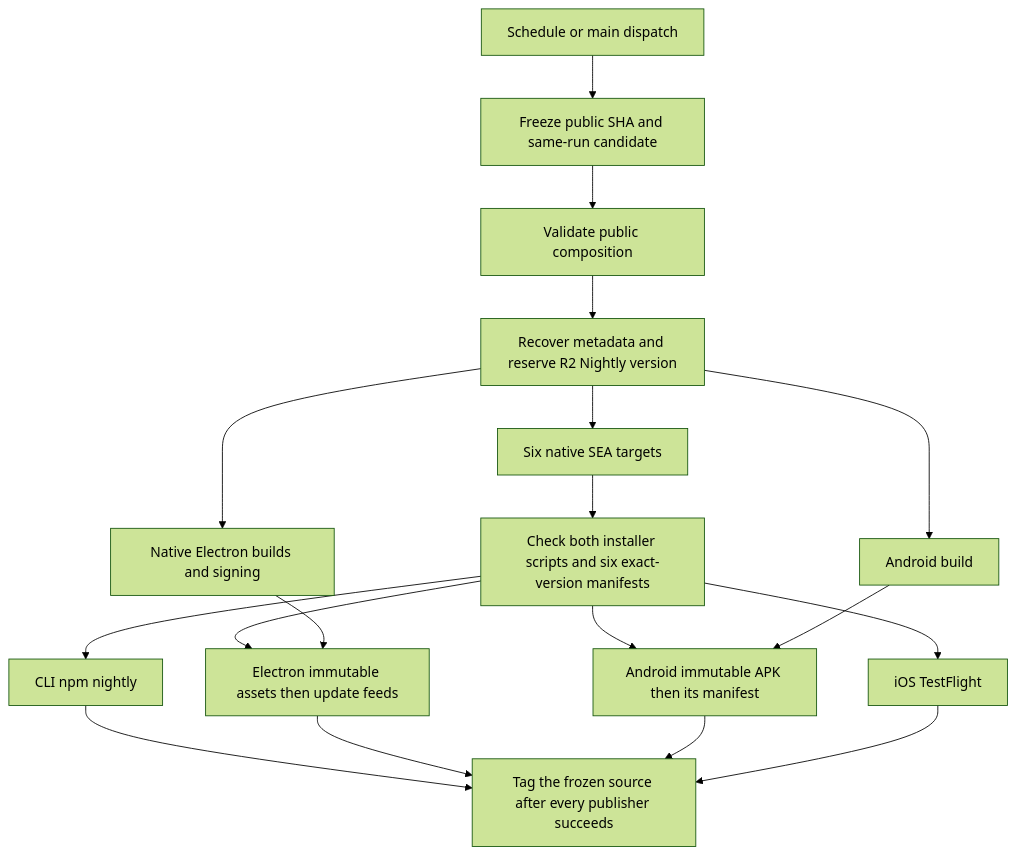
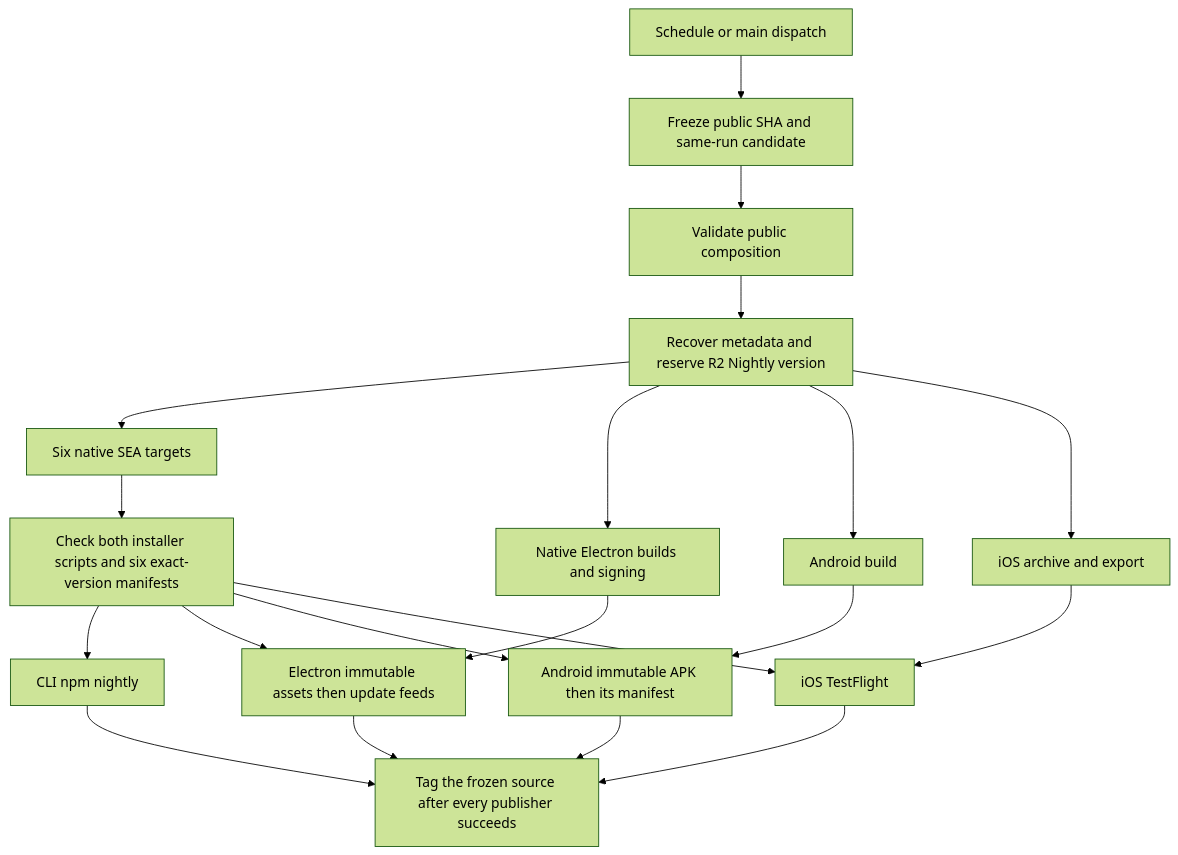
One commit to LodyAI/Lody changed the diagram in .github/client-releases.md. Above: the diagram before and after it, drawn with Mermaid (forest theme). The commit also changed other lines of this file and 12 other files, not shown here.

````diff
--- a/.github/client-releases.md
+++ b/.github/client-releases.md
@@ -11,20 +11,22 @@
 ```mermaid
 flowchart TD
   N[Schedule or main dispatch] --> C[Freeze public SHA and same-run candidate]
   C --> V[Validate public composition]
   V --> P[Recover metadata and reserve R2 Nightly version]
   P --> D[Six native SEA targets]
   P --> E[Native Electron builds and signing]
   P --> A[Android build]
   D --> G[Check both installer scripts and six exact-version manifests]
   G --> NP[CLI npm nightly]
   G --> EP[Electron immutable assets then update feeds]
   E --> EP
   G --> AP[Android immutable APK then its manifest]
   A --> AP
-  G --> I[iOS TestFlight]
+  P --> IB[iOS archive and export]
+  IB --> I[iOS TestFlight]
+  G --> I
   NP --> T[Tag the frozen source after every publisher succeeds]
   EP --> T
   AP --> T
   I --> T
 ```
````
